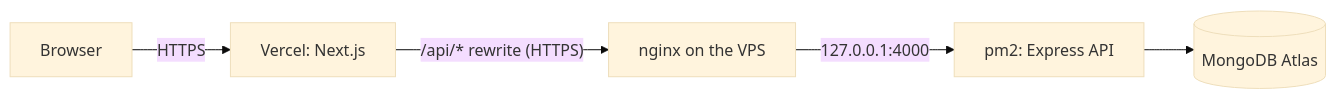
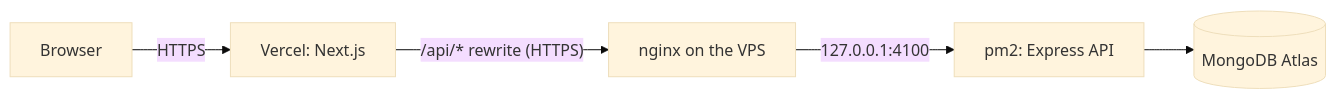
The diagram in docs/deployment.md (rafi0x/care-roster), drawn with Mermaid (base theme) before and after one commit. The commit also changed other lines of this file and 1 other file, not shown here.

Commit message:
fix: update API port from 4000 to 4100 in deployment configuration

````diff
--- a/docs/deployment.md
+++ b/docs/deployment.md
@@ -12,7 +12,7 @@
 ```mermaid
 flowchart LR
   U[Browser] -->|HTTPS| V[Vercel: Next.js]
   V -->|"/api/* rewrite (HTTPS)"| N[nginx on the VPS]
-  N -->|127.0.0.1:4000| P[pm2: Express API]
+  N -->|127.0.0.1:4100| P[pm2: Express API]
   P --> M[(MongoDB Atlas)]
 ```
````
